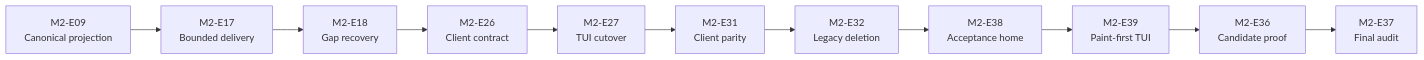
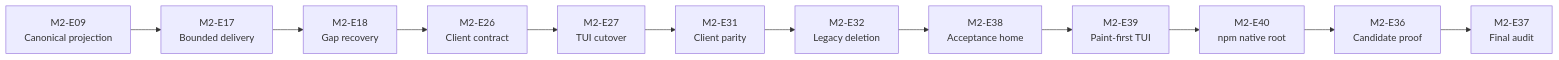
One commit to agentjido/jido_console changed the diagram in roadmap/milestones/02-ship-supervised-session-plane/milestone.md. Above: the diagram before and after it, drawn with Mermaid. The commit also changed other lines of this file and 9 other files, not shown here.

Commit message:
fix: preserve native root in npm launcher (jido_console-ih5)

````diff
--- a/roadmap/milestones/02-ship-supervised-session-plane/milestone.md
+++ b/roadmap/milestones/02-ship-supervised-session-plane/milestone.md
@@ -94,13 +97,14 @@
 ```mermaid
 flowchart LR
     E09["M2-E09<br/>Canonical projection"] --> E17["M2-E17<br/>Bounded delivery"]
     E17 --> E18["M2-E18<br/>Gap recovery"]
     E18 --> E26["M2-E26<br/>Client contract"]
     E26 --> E27["M2-E27<br/>TUI cutover"]
     E27 --> E31["M2-E31<br/>Client parity"]
     E31 --> E32["M2-E32<br/>Legacy deletion"]
     E32 --> E38["M2-E38<br/>Acceptance home"]
     E38 --> E39["M2-E39<br/>Paint-first TUI"]
-    E39 --> E36["M2-E36<br/>Candidate proof"]
+    E39 --> E40["M2-E40<br/>npm native root"]
+    E40 --> E36["M2-E36<br/>Candidate proof"]
     E36 --> E37["M2-E37<br/>Final audit"]
 ```
````
